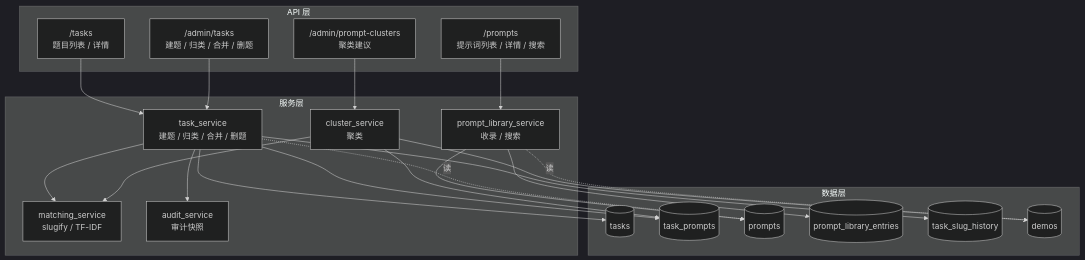
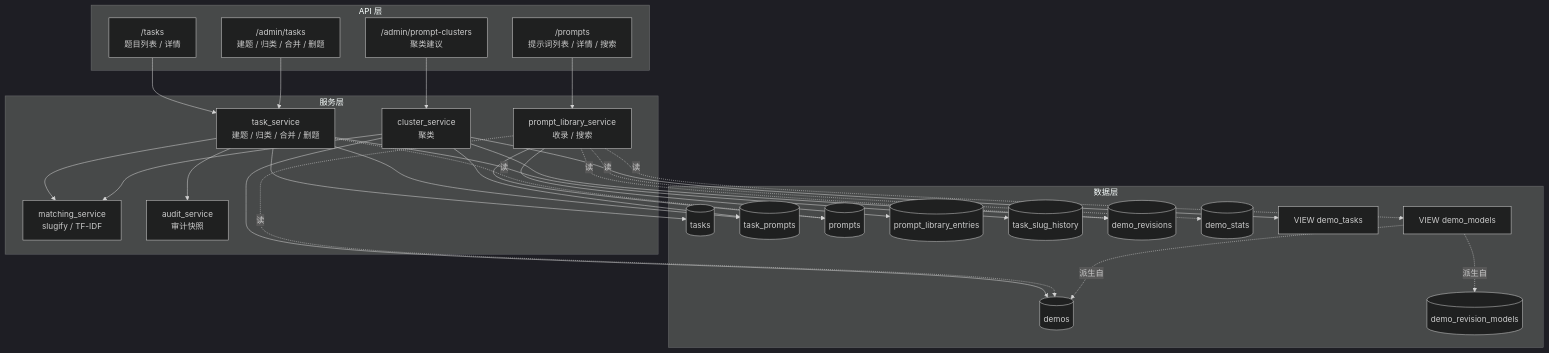
One commit to deepdemos/ds-demos-showcase changed diagram 12 of 22 in docs/实体域UML图集.md. Above: the diagram before and after it, drawn with Mermaid (dark theme). The commit also changed other lines of this file and 36 other files, not shown here.

````diff
--- a/docs/实体域UML图集.md
+++ b/docs/实体域UML图集.md
@@ -701,47 +1066,60 @@
 ```mermaid
 flowchart TB
     subgraph API["API 层"]
         R1["/tasks<br/>题目列表 / 详情"]
         R2["/prompts<br/>提示词列表 / 详情 / 搜索"]
         R3["/admin/tasks<br/>建题 / 归类 / 合并 / 删题"]
         R4["/admin/prompt-clusters<br/>聚类建议"]
     end
 
     subgraph SVC["服务层"]
         S1["task_service<br/>建题 / 归类 / 合并 / 删题"]
         S2["prompt_library_service<br/>收录 / 搜索"]
         S3["cluster_service<br/>聚类"]
         S4["matching_service<br/>slugify / TF-IDF"]
         S5["audit_service<br/>审计快照"]
     end
 
     subgraph DATA["数据层"]
         D1[("tasks")]
         D2[("task_prompts")]
         D3[("prompts")]
         D4[("prompt_library_entries")]
         D5[("task_slug_history")]
         D6[("demos")]
+        D7[("demo_revisions")]
+        D8[("demo_stats")]
+        D9["VIEW demo_tasks"]
+        D10[("demo_revision_models")]
+        D11["VIEW demo_models"]
     end
 
     R1 --> S1
     R2 --> S2
     R3 --> S1
     R4 --> S3
 
     S1 --> S4
     S1 --> S5
     S1 --> D1
     S1 --> D2
     S1 --> D5
 
     S2 --> D3
     S2 --> D4
 
     S3 --> S4
     S3 --> D2
     S3 --> D6
+    S3 --> D7
+    S3 --> D9
 
     S1 -.->|"读"| D3
     S2 -.->|"读"| D6
+    S2 -.->|"读"| D7
+    S2 -.->|"读"| D8
+    S2 -.->|"读"| D11
+
+    D11 -.->|"派生自"| D6
+    D11 -.->|"派生自"| D10
 ```
````
